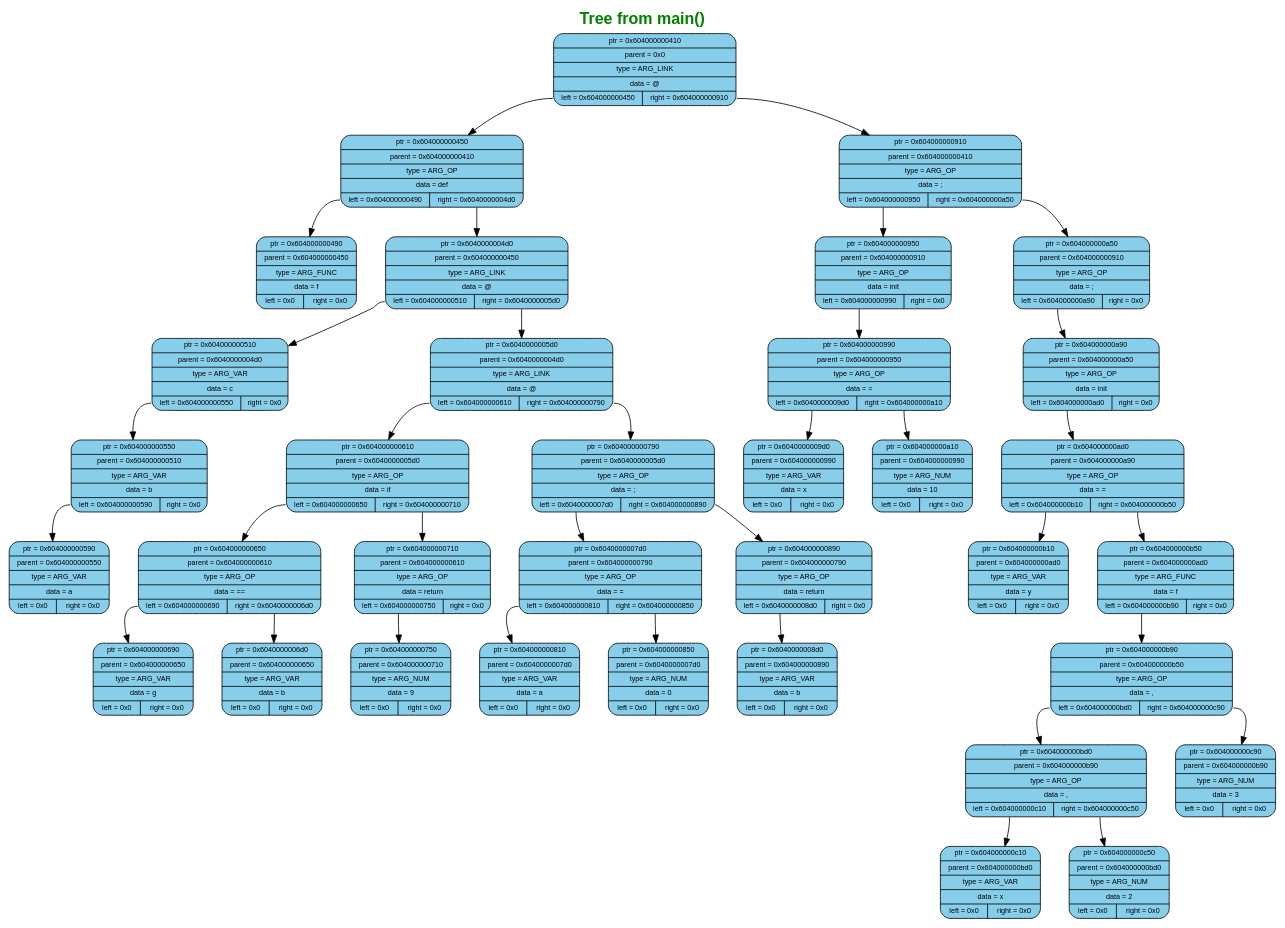
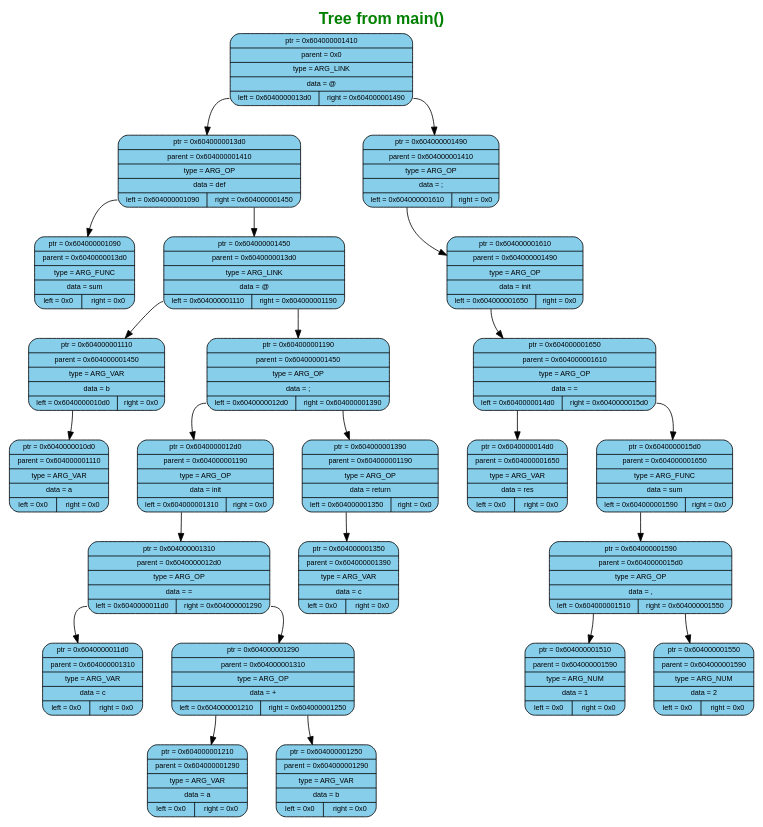
Before and after one commit to murugov/Language: the diagram in reports/trees/tree0/tree.dot, drawn with Graphviz. The commit also changed 64 other files, not shown here.

```diff
--- a/reports/trees/tree0/tree.dot
+++ b/reports/trees/tree0/tree.dot
@@ -1,83 +1,59 @@
 digraph G {
 	label=<<B>Tree from main()</B>>;
 	fontcolor="#008000";
 	fontname="Arial";
 	labelloc="top";
 	labeljust="center";
 	fontsize=20;
 	rankdir=TB;
 	center=true;
 	nodesep=0.5;
 	ranksep=0.5;
 	node[fontsize=9, shape=box, width=0.7, height=0.4, style="filled, rounded", fontname="Arial"];
 
-	n0 [shape=record, label="{ptr = 0x604000000410 | parent = 0x0 | type = ARG_LINK | data = @ | {<left> left = 0x604000000450 | <right> right = 0x604000000910}}", fillcolor="#87CEEB", color="black"]
-	n1 [shape=record, label="{ptr = 0x604000000450 | parent = 0x604000000410 | type = ARG_OP | data = def | {<left> left = 0x604000000490 | <right> right = 0x6040000004d0}}", fillcolor="#87CEEB", color="black"]
+	n0 [shape=record, label="{ptr = 0x604000001410 | parent = 0x0 | type = ARG_LINK | data = @ | {<left> left = 0x6040000013d0 | <right> right = 0x604000001490}}", fillcolor="#87CEEB", color="black"]
+	n1 [shape=record, label="{ptr = 0x6040000013d0 | parent = 0x604000001410 | type = ARG_OP | data = def | {<left> left = 0x604000001090 | <right> right = 0x604000001450}}", fillcolor="#87CEEB", color="black"]
 	n0:left -> n1
-	n2 [shape=record, label="{ptr = 0x604000000910 | parent = 0x604000000410 | type = ARG_OP | data = ; | {<left> left = 0x604000000950 | <right> right = 0x604000000a50}}", fillcolor="#87CEEB", color="black"]
+	n2 [shape=record, label="{ptr = 0x604000001490 | parent = 0x604000001410 | type = ARG_OP | data = ; | {<left> left = 0x604000001610 | <right> right = 0x0}}", fillcolor="#87CEEB", color="black"]
 	n0:right -> n2
-	n3 [shape=record, label="{ptr = 0x604000000950 | parent = 0x604000000910 | type = ARG_OP | data = init | {<left> left = 0x604000000990 | <right> right = 0x0}}", fillcolor="#87CEEB", color="black"]
+	n3 [shape=record, label="{ptr = 0x604000001610 | parent = 0x604000001490 | type = ARG_OP | data = init | {<left> left = 0x604000001650 | <right> right = 0x0}}", fillcolor="#87CEEB", color="black"]
 	n2:left -> n3
-	n4 [shape=record, label="{ptr = 0x604000000a50 | parent = 0x604000000910 | type = ARG_OP | data = ; | {<left> left = 0x604000000a90 | <right> right = 0x0}}", fillcolor="#87CEEB", color="black"]
-	n2:right -> n4
-	n5 [shape=record, label="{ptr = 0x604000000a90 | parent = 0x604000000a50 | type = ARG_OP | data = init | {<left> left = 0x604000000ad0 | <right> right = 0x0}}", fillcolor="#87CEEB", color="black"]
+	n4 [shape=record, label="{ptr = 0x604000001650 | parent = 0x604000001610 | type = ARG_OP | data = = | {<left> left = 0x6040000014d0 | <right> right = 0x6040000015d0}}", fillcolor="#87CEEB", color="black"]
+	n3:left -> n4
+	n5 [shape=record, label="{ptr = 0x6040000014d0 | parent = 0x604000001650 | type = ARG_VAR | data = res | {<left> left = 0x0 | <right> right = 0x0}}", fillcolor="#87CEEB", color="black"]
 	n4:left -> n5
-	n6 [shape=record, label="{ptr = 0x604000000ad0 | parent = 0x604000000a90 | type = ARG_OP | data = = | {<left> left = 0x604000000b10 | <right> right = 0x604000000b50}}", fillcolor="#87CEEB", color="black"]
-	n5:left -> n6
-	n7 [shape=record, label="{ptr = 0x604000000b10 | parent = 0x604000000ad0 | type = ARG_VAR | data = y | {<left> left = 0x0 | <right> right = 0x0}}", fillcolor="#87CEEB", color="black"]
+	n6 [shape=record, label="{ptr = 0x6040000015d0 | parent = 0x604000001650 | type = ARG_FUNC | data = sum | {<left> left = 0x604000001590 | <right> right = 0x0}}", fillcolor="#87CEEB", color="black"]
+	n4:right -> n6
+	n7 [shape=record, label="{ptr = 0x604000001590 | parent = 0x6040000015d0 | type = ARG_OP | data = , | {<left> left = 0x604000001510 | <right> right = 0x604000001550}}", fillcolor="#87CEEB", color="black"]
 	n6:left -> n7
-	n8 [shape=record, label="{ptr = 0x604000000b50 | parent = 0x604000000ad0 | type = ARG_FUNC | data = f | {<left> left = 0x604000000b90 | <right> right = 0x0}}", fillcolor="#87CEEB", color="black"]
-	n6:right -> n8
-	n9 [shape=record, label="{ptr = 0x604000000b90 | parent = 0x604000000b50 | type = ARG_OP | data = , | {<left> left = 0x604000000bd0 | <right> right = 0x604000000c90}}", fillcolor="#87CEEB", color="black"]
-	n8:left -> n9
-	n10 [shape=record, label="{ptr = 0x604000000bd0 | parent = 0x604000000b90 | type = ARG_OP | data = , | {<left> left = 0x604000000c10 | <right> right = 0x604000000c50}}", fillcolor="#87CEEB", color="black"]
-	n9:left -> n10
-	n11 [shape=record, label="{ptr = 0x604000000c90 | parent = 0x604000000b90 | type = ARG_NUM | data = 3 | {<left> left = 0x0 | <right> right = 0x0}}", fillcolor="#87CEEB", color="black"]
-	n9:right -> n11
-	n12 [shape=record, label="{ptr = 0x604000000c10 | parent = 0x604000000bd0 | type = ARG_VAR | data = x | {<left> left = 0x0 | <right> right = 0x0}}", fillcolor="#87CEEB", color="black"]
-	n10:left -> n12
-	n13 [shape=record, label="{ptr = 0x604000000c50 | parent = 0x604000000bd0 | type = ARG_NUM | data = 2 | {<left> left = 0x0 | <right> right = 0x0}}", fillcolor="#87CEEB", color="black"]
-	n10:right -> n13
-	n14 [shape=record, label="{ptr = 0x604000000990 | parent = 0x604000000950 | type = ARG_OP | data = = | {<left> left = 0x6040000009d0 | <right> right = 0x604000000a10}}", fillcolor="#87CEEB", color="black"]
-	n3:left -> n14
-	n15 [shape=record, label="{ptr = 0x6040000009d0 | parent = 0x604000000990 | type = ARG_VAR | data = x | {<left> left = 0x0 | <right> right = 0x0}}", fillcolor="#87CEEB", color="black"]
-	n14:left -> n15
-	n16 [shape=record, label="{ptr = 0x604000000a10 | parent = 0x604000000990 | type = ARG_NUM | data = 10 | {<left> left = 0x0 | <right> right = 0x0}}", fillcolor="#87CEEB", color="black"]
-	n14:right -> n16
-	n17 [shape=record, label="{ptr = 0x604000000490 | parent = 0x604000000450 | type = ARG_FUNC | data = f | {<left> left = 0x0 | <right> right = 0x0}}", fillcolor="#87CEEB", color="black"]
-	n1:left -> n17
-	n18 [shape=record, label="{ptr = 0x6040000004d0 | parent = 0x604000000450 | type = ARG_LINK | data = @ | {<left> left = 0x604000000510 | <right> right = 0x6040000005d0}}", fillcolor="#87CEEB", color="black"]
-	n1:right -> n18
-	n19 [shape=record, label="{ptr = 0x604000000510 | parent = 0x6040000004d0 | type = ARG_VAR | data = c | {<left> left = 0x604000000550 | <right> right = 0x0}}", fillcolor="#87CEEB", color="black"]
-	n18:left -> n19
-	n20 [shape=record, label="{ptr = 0x6040000005d0 | parent = 0x6040000004d0 | type = ARG_LINK | data = @ | {<left> left = 0x604000000610 | <right> right = 0x604000000790}}", fillcolor="#87CEEB", color="black"]
-	n18:right -> n20
-	n21 [shape=record, label="{ptr = 0x604000000610 | parent = 0x6040000005d0 | type = ARG_OP | data = if | {<left> left = 0x604000000650 | <right> right = 0x604000000710}}", fillcolor="#87CEEB", color="black"]
-	n20:left -> n21
-	n22 [shape=record, label="{ptr = 0x604000000790 | parent = 0x6040000005d0 | type = ARG_OP | data = ; | {<left> left = 0x6040000007d0 | <right> right = 0x604000000890}}", fillcolor="#87CEEB", color="black"]
-	n20:right -> n22
-	n23 [shape=record, label="{ptr = 0x6040000007d0 | parent = 0x604000000790 | type = ARG_OP | data = = | {<left> left = 0x604000000810 | <right> right = 0x604000000850}}", fillcolor="#87CEEB", color="black"]
-	n22:left -> n23
-	n24 [shape=record, label="{ptr = 0x604000000890 | parent = 0x604000000790 | type = ARG_OP | data = return | {<left> left = 0x6040000008d0 | <right> right = 0x0}}", fillcolor="#87CEEB", color="black"]
-	n22:right -> n24
-	n25 [shape=record, label="{ptr = 0x6040000008d0 | parent = 0x604000000890 | type = ARG_VAR | data = b | {<left> left = 0x0 | <right> right = 0x0}}", fillcolor="#87CEEB", color="black"]
-	n24:left -> n25
-	n26 [shape=record, label="{ptr = 0x604000000810 | parent = 0x6040000007d0 | type = ARG_VAR | data = a | {<left> left = 0x0 | <right> right = 0x0}}", fillcolor="#87CEEB", color="black"]
-	n23:left -> n26
-	n27 [shape=record, label="{ptr = 0x604000000850 | parent = 0x6040000007d0 | type = ARG_NUM | data = 0 | {<left> left = 0x0 | <right> right = 0x0}}", fillcolor="#87CEEB", color="black"]
-	n23:right -> n27
-	n28 [shape=record, label="{ptr = 0x604000000650 | parent = 0x604000000610 | type = ARG_OP | data = == | {<left> left = 0x604000000690 | <right> right = 0x6040000006d0}}", fillcolor="#87CEEB", color="black"]
-	n21:left -> n28
-	n29 [shape=record, label="{ptr = 0x604000000710 | parent = 0x604000000610 | type = ARG_OP | data = return | {<left> left = 0x604000000750 | <right> right = 0x0}}", fillcolor="#87CEEB", color="black"]
-	n21:right -> n29
-	n30 [shape=record, label="{ptr = 0x604000000750 | parent = 0x604000000710 | type = ARG_NUM | data = 9 | {<left> left = 0x0 | <right> right = 0x0}}", fillcolor="#87CEEB", color="black"]
-	n29:left -> n30
-	n31 [shape=record, label="{ptr = 0x604000000690 | parent = 0x604000000650 | type = ARG_VAR | data = g | {<left> left = 0x0 | <right> right = 0x0}}", fillcolor="#87CEEB", color="black"]
-	n28:left -> n31
-	n32 [shape=record, label="{ptr = 0x6040000006d0 | parent = 0x604000000650 | type = ARG_VAR | data = b | {<left> left = 0x0 | <right> right = 0x0}}", fillcolor="#87CEEB", color="black"]
-	n28:right -> n32
-	n33 [shape=record, label="{ptr = 0x604000000550 | parent = 0x604000000510 | type = ARG_VAR | data = b | {<left> left = 0x604000000590 | <right> right = 0x0}}", fillcolor="#87CEEB", color="black"]
-	n19:left -> n33
-	n34 [shape=record, label="{ptr = 0x604000000590 | parent = 0x604000000550 | type = ARG_VAR | data = a | {<left> left = 0x0 | <right> right = 0x0}}", fillcolor="#87CEEB", color="black"]
-	n33:left -> n34
+	n8 [shape=record, label="{ptr = 0x604000001510 | parent = 0x604000001590 | type = ARG_NUM | data = 1 | {<left> left = 0x0 | <right> right = 0x0}}", fillcolor="#87CEEB", color="black"]
+	n7:left -> n8
+	n9 [shape=record, label="{ptr = 0x604000001550 | parent = 0x604000001590 | type = ARG_NUM | data = 2 | {<left> left = 0x0 | <right> right = 0x0}}", fillcolor="#87CEEB", color="black"]
+	n7:right -> n9
+	n10 [shape=record, label="{ptr = 0x604000001090 | parent = 0x6040000013d0 | type = ARG_FUNC | data = sum | {<left> left = 0x0 | <right> right = 0x0}}", fillcolor="#87CEEB", color="black"]
+	n1:left -> n10
+	n11 [shape=record, label="{ptr = 0x604000001450 | parent = 0x6040000013d0 | type = ARG_LINK | data = @ | {<left> left = 0x604000001110 | <right> right = 0x604000001190}}", fillcolor="#87CEEB", color="black"]
+	n1:right -> n11
+	n12 [shape=record, label="{ptr = 0x604000001110 | parent = 0x604000001450 | type = ARG_VAR | data = b | {<left> left = 0x6040000010d0 | <right> right = 0x0}}", fillcolor="#87CEEB", color="black"]
+	n11:left -> n12
+	n13 [shape=record, label="{ptr = 0x604000001190 | parent = 0x604000001450 | type = ARG_OP | data = ; | {<left> left = 0x6040000012d0 | <right> right = 0x604000001390}}", fillcolor="#87CEEB", color="black"]
+	n11:right -> n13
+	n14 [shape=record, label="{ptr = 0x6040000012d0 | parent = 0x604000001190 | type = ARG_OP | data = init | {<left> left = 0x604000001310 | <right> right = 0x0}}", fillcolor="#87CEEB", color="black"]
+	n13:left -> n14
+	n15 [shape=record, label="{ptr = 0x604000001390 | parent = 0x604000001190 | type = ARG_OP | data = return | {<left> left = 0x604000001350 | <right> right = 0x0}}", fillcolor="#87CEEB", color="black"]
+	n13:right -> n15
+	n16 [shape=record, label="{ptr = 0x604000001350 | parent = 0x604000001390 | type = ARG_VAR | data = c | {<left> left = 0x0 | <right> right = 0x0}}", fillcolor="#87CEEB", color="black"]
+	n15:left -> n16
+	n17 [shape=record, label="{ptr = 0x604000001310 | parent = 0x6040000012d0 | type = ARG_OP | data = = | {<left> left = 0x6040000011d0 | <right> right = 0x604000001290}}", fillcolor="#87CEEB", color="black"]
+	n14:left -> n17
+	n18 [shape=record, label="{ptr = 0x6040000011d0 | parent = 0x604000001310 | type = ARG_VAR | data = c | {<left> left = 0x0 | <right> right = 0x0}}", fillcolor="#87CEEB", color="black"]
+	n17:left -> n18
+	n19 [shape=record, label="{ptr = 0x604000001290 | parent = 0x604000001310 | type = ARG_OP | data = + | {<left> left = 0x604000001210 | <right> right = 0x604000001250}}", fillcolor="#87CEEB", color="black"]
+	n17:right -> n19
+	n20 [shape=record, label="{ptr = 0x604000001210 | parent = 0x604000001290 | type = ARG_VAR | data = a | {<left> left = 0x0 | <right> right = 0x0}}", fillcolor="#87CEEB", color="black"]
+	n19:left -> n20
+	n21 [shape=record, label="{ptr = 0x604000001250 | parent = 0x604000001290 | type = ARG_VAR | data = b | {<left> left = 0x0 | <right> right = 0x0}}", fillcolor="#87CEEB", color="black"]
+	n19:right -> n21
+	n22 [shape=record, label="{ptr = 0x6040000010d0 | parent = 0x604000001110 | type = ARG_VAR | data = a | {<left> left = 0x0 | <right> right = 0x0}}", fillcolor="#87CEEB", color="black"]
+	n12:left -> n22
 }
```
